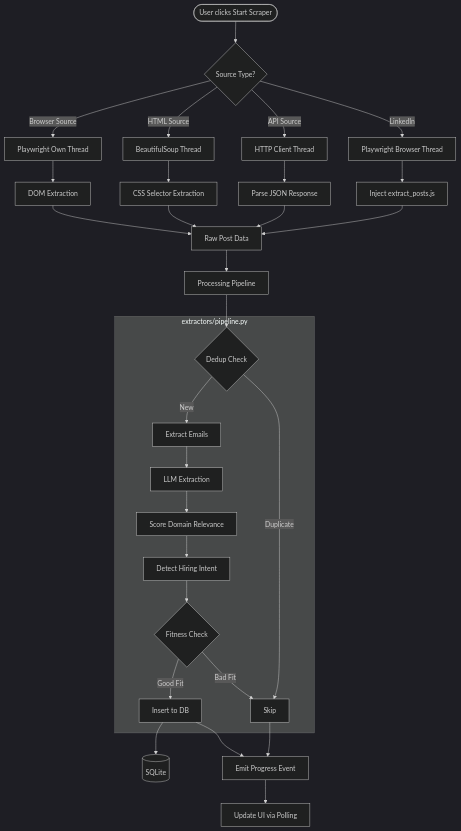
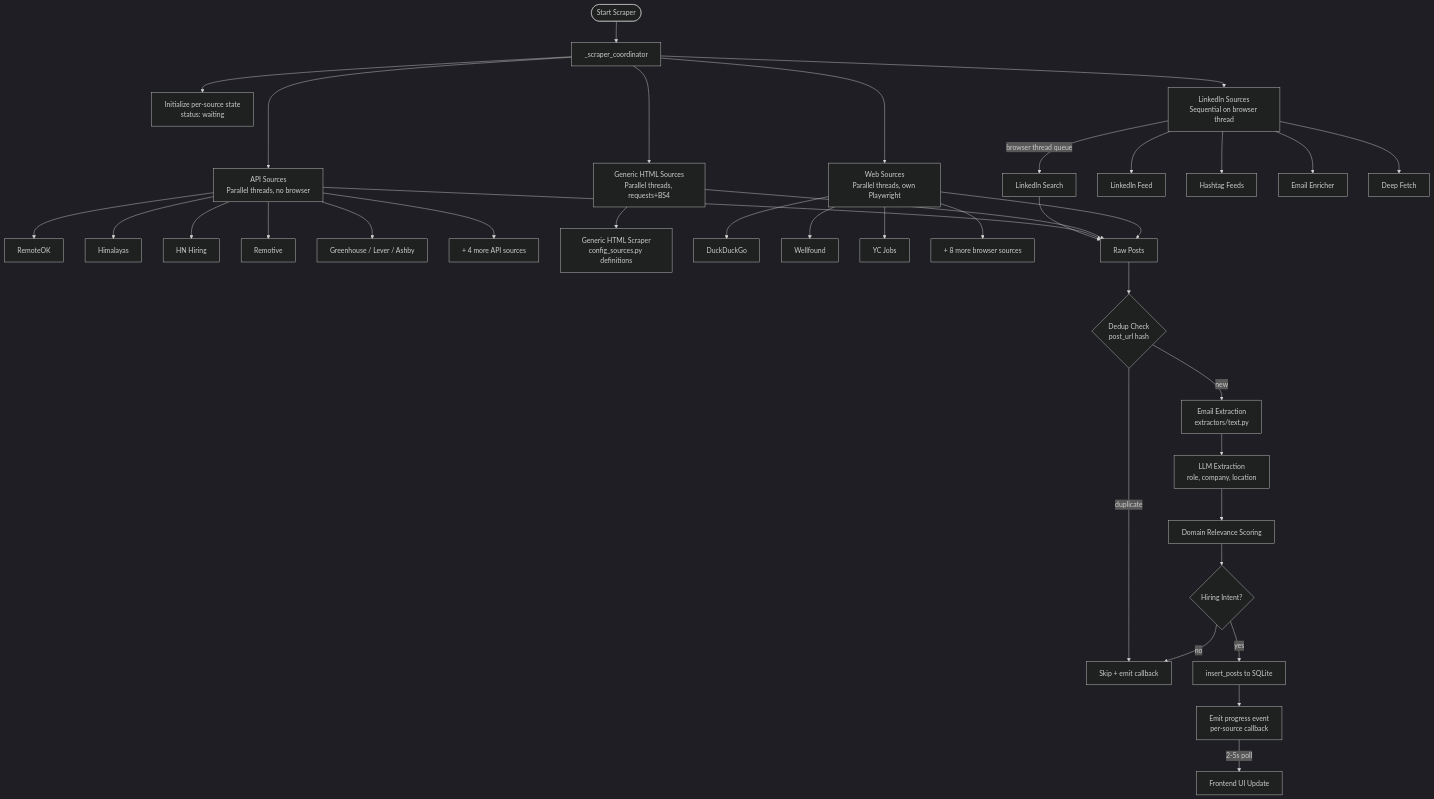
Before and after one commit to vineetkukreti/coolkit: the second of 16 diagrams in docs/SYSTEM_DIAGRAMS.md, drawn with Mermaid (dark theme). The commit also changed other lines of this file and 81 other files, not shown here.

````diff
--- a/docs/SYSTEM_DIAGRAMS.md
+++ b/docs/SYSTEM_DIAGRAMS.md
@@ -57,40 +39,47 @@
 ```mermaid
 flowchart TD
-    START([User clicks Start Scraper]) --> DISPATCH{Source Type?}
+    START([Start Scraper]) --> COORD[_scraper_coordinator]
+    COORD --> INIT[Initialize per-source state<br/>status: waiting]
 
-    DISPATCH -->|LinkedIn| BROWSER[Playwright Browser Thread]
-    DISPATCH -->|API Source| HTTP[HTTP Client Thread]
-    DISPATCH -->|HTML Source| SOUP[BeautifulSoup Thread]
-    DISPATCH -->|Browser Source| PLAY2[Playwright Own Thread]
+    COORD --> LI_GROUP[LinkedIn Sources<br/>Sequential on browser thread]
+    COORD --> API_GROUP[API Sources<br/>Parallel threads, no browser]
+    COORD --> HTML_GROUP[Generic HTML Sources<br/>Parallel threads, requests+BS4]
+    COORD --> WEB_GROUP[Web Sources<br/>Parallel threads, own Playwright]
 
-    BROWSER --> JS[Inject extract_posts.js]
-    JS --> RAW_POSTS[Raw Post Data]
+    LI_GROUP --> |browser thread queue| LI_SEARCH[LinkedIn Search]
+    LI_GROUP --> LI_FEED[LinkedIn Feed]
+    LI_GROUP --> LI_HASH[Hashtag Feeds]
+    LI_GROUP --> ENRICHER[Email Enricher]
+    LI_GROUP --> DEEP[Deep Fetch]
 
-    HTTP --> JSON_PARSE[Parse JSON Response]
-    JSON_PARSE --> RAW_POSTS
+    API_GROUP --> REMOTEOK[RemoteOK]
+    API_GROUP --> HIMALAYAS[Himalayas]
+    API_GROUP --> HN[HN Hiring]
+    API_GROUP --> REMOTIVE[Remotive]
+    API_GROUP --> ATS[Greenhouse / Lever / Ashby]
+    API_GROUP --> MORE_API[+ 4 more API sources]
 
-    SOUP --> CSS[CSS Selector Extraction]
-    CSS --> RAW_POSTS
+    HTML_GROUP --> GEN_HTML[Generic HTML Scraper<br/>config_sources.py definitions]
 
-    PLAY2 --> DOM[DOM Extraction]
-    DOM --> RAW_POSTS
+    WEB_GROUP --> GOOGLE[DuckDuckGo]
+    WEB_GROUP --> WELLFOUND[Wellfound]
+    WEB_GROUP --> YC[YC Jobs]
+    WEB_GROUP --> MORE_WEB[+ 8 more browser sources]
 
-    RAW_POSTS --> PIPELINE[Processing Pipeline]
+    LI_SEARCH --> RAW[Raw Posts]
+    API_GROUP --> RAW
+    HTML_GROUP --> RAW
+    WEB_GROUP --> RAW
 
-    subgraph PIPELINE_DETAIL["extractors/pipeline.py"]
-        DEDUP{Dedup Check} -->|Duplicate| SKIP[Skip]
-        DEDUP -->|New| EMAIL_EXT[Extract Emails]
-        EMAIL_EXT --> LLM_EXT[LLM Extraction]
-        LLM_EXT --> DOMAIN[Score Domain Relevance]
-        DOMAIN --> HIRING[Detect Hiring Intent]
-        HIRING --> FITNESS{Fitness Check}
-        FITNESS -->|Bad Fit| SKIP
-        FITNESS -->|Good Fit| INSERT[Insert to DB]
-    end
+    RAW --> DEDUP{Dedup Check<br/>post_url hash}
+    DEDUP -->|duplicate| SKIP[Skip + emit callback]
+    DEDUP -->|new| EXTRACT[Email Extraction<br/>extractors/text.py]
+    EXTRACT --> LLM[LLM Extraction<br/>role, company, location]
+    LLM --> DOMAIN[Domain Relevance Scoring]
+    DOMAIN --> HIRING{Hiring Intent?}
+    HIRING -->|no| SKIP
+    HIRING -->|yes| INSERT[insert_posts to SQLite]
+    INSERT --> CALLBACK[Emit progress event<br/>per-source callback]
 
-    PIPELINE --> DEDUP
-    INSERT --> DB[(SQLite)]
-    SKIP --> CALLBACK[Emit Progress Event]
-    INSERT --> CALLBACK
-    CALLBACK --> UI_UPDATE[Update UI via Polling]
+    CALLBACK -->|2-5s poll| UI[Frontend UI Update]
 ```
````
